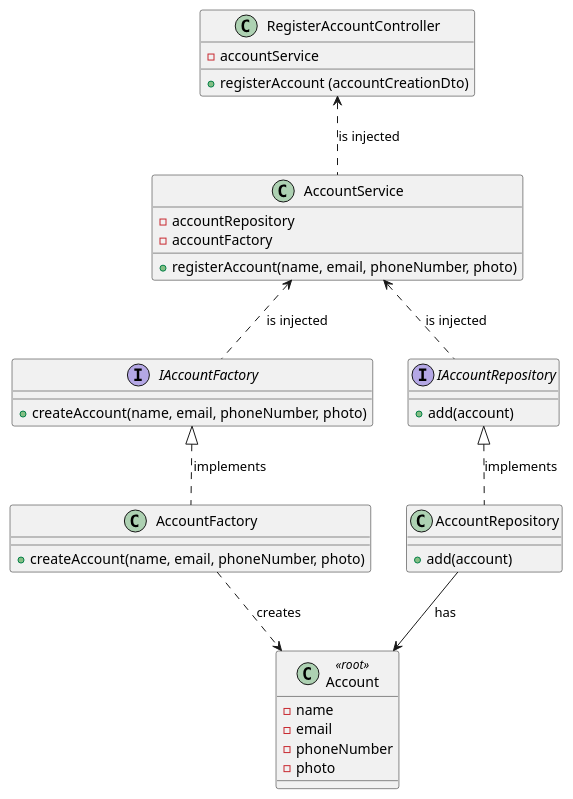
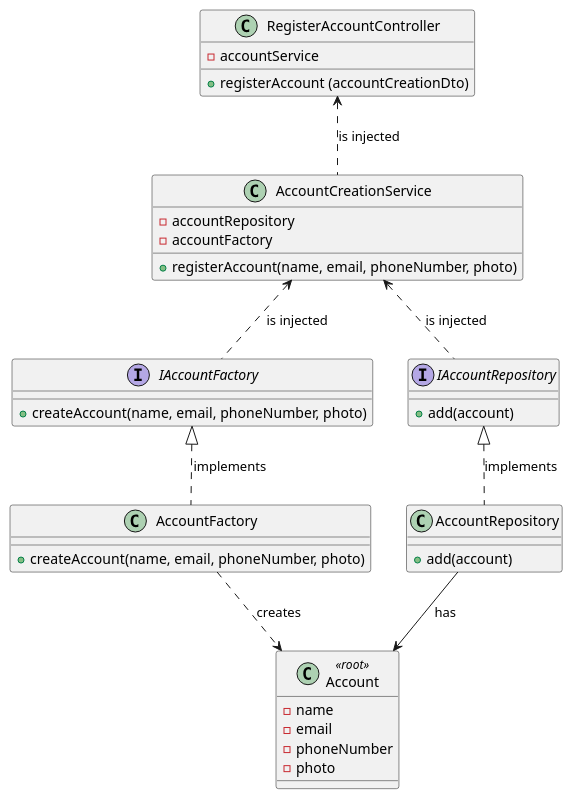
One commit to Loracline/project_switch_22-23 changed the diagram in docs/modelling_design/user_stories/sprint01/us002/US002_classDiagram.puml. Above: the diagram before and after it, drawn with PlantUML. The commit also changed 2 other files, not shown here.

Commit message:
US02,4-6: Design: update Class Diagrams. Addresses #457

```diff
--- a/docs/modelling_design/user_stories/sprint01/us002/US002_classDiagram.puml
+++ b/docs/modelling_design/user_stories/sprint01/us002/US002_classDiagram.puml
@@ -1,46 +1,46 @@
 @startuml
 
 class RegisterAccountController {
 - accountService
 + registerAccount (accountCreationDto)
 }
 
-class AccountService{
+class AccountCreationService{
 - accountRepository
 - accountFactory
 + registerAccount(name, email, phoneNumber, photo)
 }
 
 interface IAccountFactory{
 + createAccount(name, email, phoneNumber, photo)
 }
 
 class AccountFactory{
 + createAccount(name, email, phoneNumber, photo)
 }
 
 interface IAccountRepository{
 + add(account)
 }
 
 class AccountRepository{
 + add(account)
 }
 
 class Account<<root>>{
 - name
 - email
 -phoneNumber
 -photo
 }
 
-RegisterAccountController <.. AccountService: is injected
-AccountService <.. IAccountRepository: is injected
-AccountService <.. IAccountFactory: is injected
+RegisterAccountController <.. AccountCreationService: is injected
+AccountCreationService <.. IAccountRepository: is injected
+AccountCreationService <.. IAccountFactory: is injected
 IAccountFactory <|.. AccountFactory: implements
 AccountFactory ..> Account: creates
 IAccountRepository <|.. AccountRepository: implements
 AccountRepository --> Account: has
 
 
 @enduml
```
